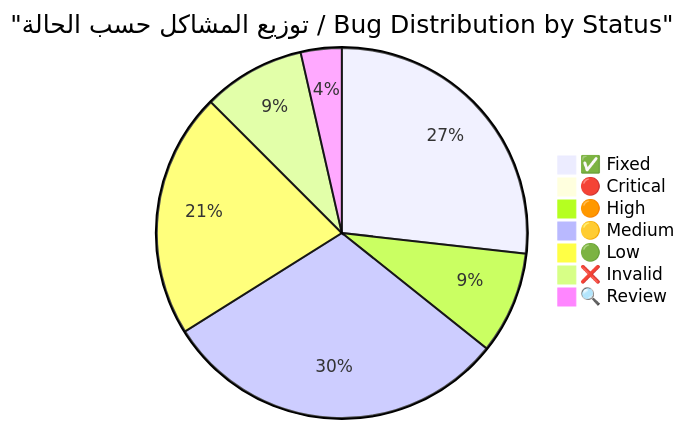
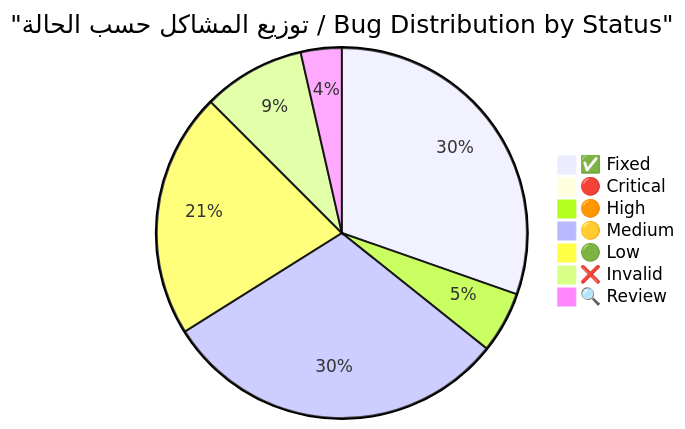
Before and after one commit to olevar2/Auj6: the first of 5 diagrams in docs/reports/COMPLETE_BUG_VERIFICATION_REPORT_NEW.md, drawn with Mermaid. The commit also changed other lines of this file and 3 other files, not shown here.

````diff
--- a/docs/reports/COMPLETE_BUG_VERIFICATION_REPORT_NEW.md
+++ b/docs/reports/COMPLETE_BUG_VERIFICATION_REPORT_NEW.md
@@ -16,10 +16,10 @@
 ```mermaid
 pie title "توزيع المشاكل حسب الحالة / Bug Distribution by Status"
-    "✅ Fixed" : 15
+    "✅ Fixed" : 17
     "🔴 Critical" : 0
-    "🟠 High" : 5
+    "🟠 High" : 3
     "🟡 Medium" : 17
     "🟢 Low" : 12
     "❌ Invalid" : 5
     "🔍 Review" : 2
 ```
````
